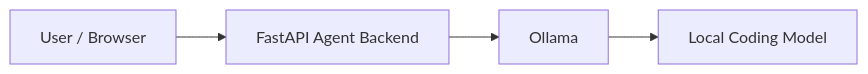
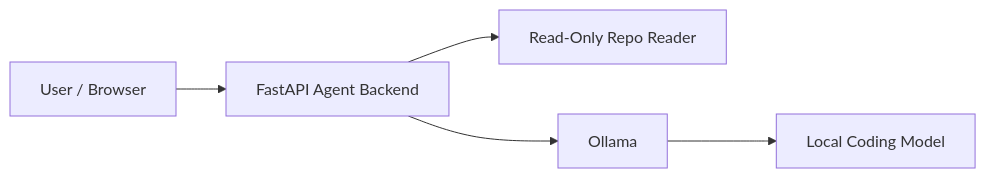
The diagram in docs/architecture.md (jasondee1992/local-coding-agent), drawn with Mermaid before and after one commit. The commit also changed other lines of this file and 11 other files, not shown here.

Commit message:
Add phase 2 read-only repo reader API

````diff
--- a/docs/architecture.md
+++ b/docs/architecture.md
@@ -5,6 +5,7 @@
 ```mermaid
 flowchart LR
     U[User / Browser] --> B[FastAPI Agent Backend]
+    B --> R[Read-Only Repo Reader]
     B --> O[Ollama]
     O --> M[Local Coding Model]
 ```
````
